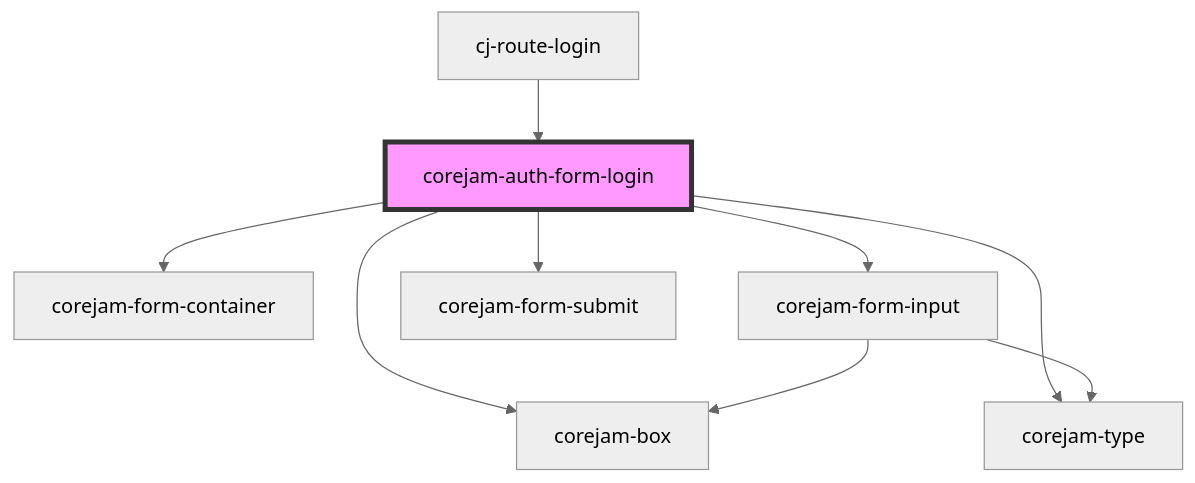
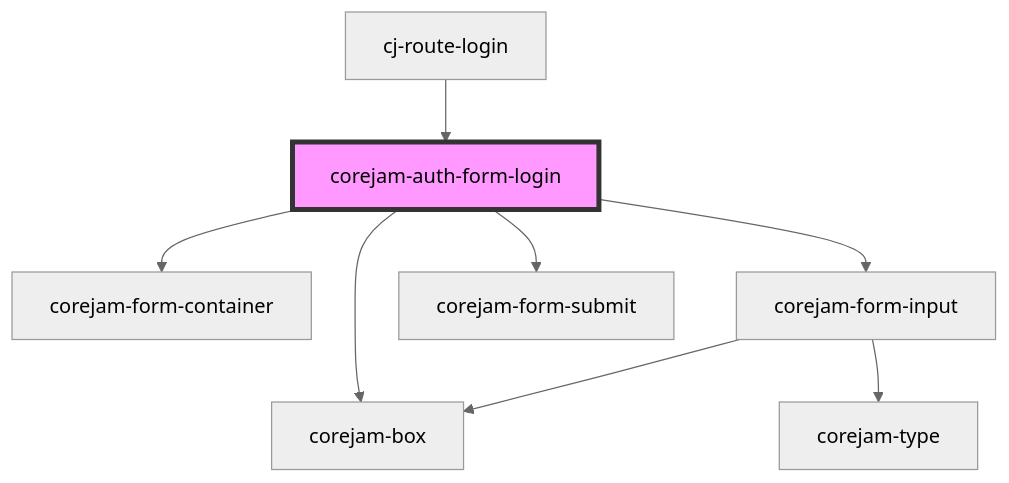
The diagram in packages/plugins/auth/app/components/corejam-auth-form-login/readme.md (corejam/corejam), drawn with Mermaid (neutral theme) before and after one commit. The commit also changed other lines of this file and 18 other files, not shown here.

````diff
--- a/packages/plugins/auth/app/components/corejam-auth-form-login/readme.md
+++ b/packages/plugins/auth/app/components/corejam-auth-form-login/readme.md
@@ -30,12 +30,11 @@
 ```mermaid
 graph TD;
   corejam-auth-form-login --> corejam-box
-  corejam-auth-form-login --> corejam-type
   corejam-auth-form-login --> corejam-form-container
   corejam-auth-form-login --> corejam-form-input
   corejam-auth-form-login --> corejam-form-submit
   corejam-form-input --> corejam-box
   corejam-form-input --> corejam-type
   cj-route-login --> corejam-auth-form-login
   style corejam-auth-form-login fill:#f9f,stroke:#333,stroke-width:4px
 ```
````
